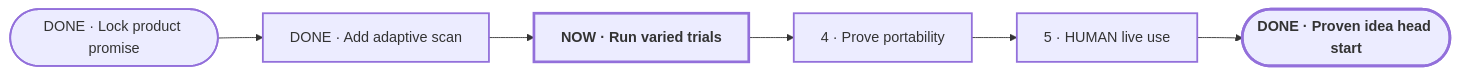
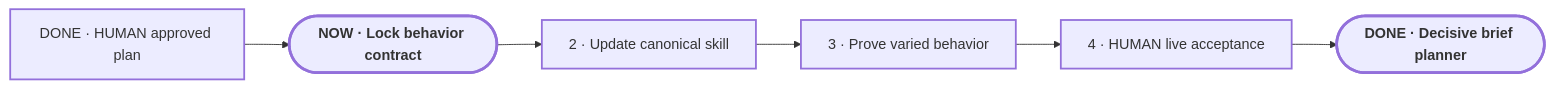
One commit to Pu11en/portable-planner changed the diagram in planning/PLAN-VIEW.md. Above: the diagram before and after it, drawn with Mermaid. The commit also changed other lines of this file and 14 other files, not shown here.

Commit message:
docs: approve decisive planner behavior plan

````diff
--- a/planning/PLAN-VIEW.md
+++ b/planning/PLAN-VIEW.md
@@ -13,18 +13,18 @@
 ```mermaid
 flowchart LR
-    E1(["DONE · Lock product promise"])
-    E2["DONE · Add adaptive scan"]
-    E3["NOW · Run varied trials"]
-    E4["4 · Prove portability"]
-    E5["5 · HUMAN live use"]
-    D(["DONE · Proven idea head start"])
-    E1 --> E2 --> E3 --> E4 --> E5 --> D
+    H["DONE · HUMAN approved plan"]
+    E1(["NOW · Lock behavior contract"])
+    E2["2 · Update canonical skill"]
+    E3["3 · Prove varied behavior"]
+    E4["4 · HUMAN live acceptance"]
+    D(["DONE · Decisive brief planner"])
+    H --> E1 --> E2 --> E3 --> E4 --> D
 
     classDef current stroke-width:3px,font-weight:700;
     classDef milestone stroke-width:2px;
     classDef proof stroke-width:3px,font-weight:700;
 
-    class E3 current;
-    class E1,E2,E4,E5 milestone;
+    class E1 current;
+    class H,E2,E3,E4 milestone;
     class D proof;
 ```
````
